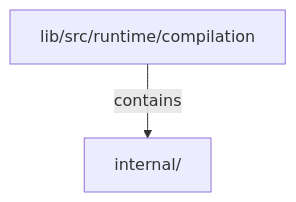
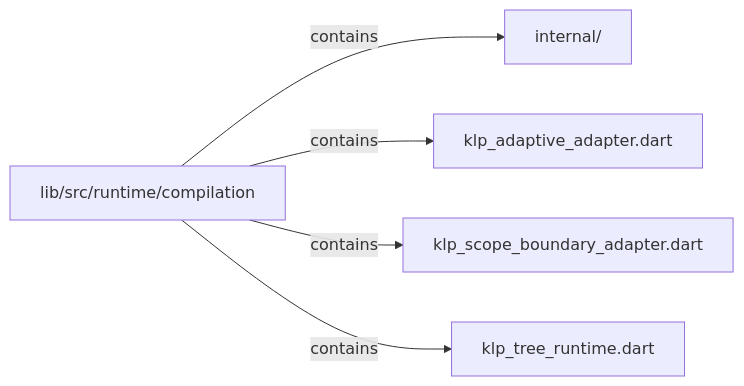
The third of 3 diagrams in docs/architecture/src/runtime/compilation/README.md (MiuDog/Kallopis), drawn with Mermaid before and after one commit. The commit also changed other lines of this file and 9688 other files, not shown here.

Commit message:
Prepare isolated Flow F2 peer baseline

````diff
--- a/docs/architecture/src/runtime/compilation/README.md
+++ b/docs/architecture/src/runtime/compilation/README.md
@@ -21,6 +73,12 @@
 ```mermaid
-flowchart TD
+flowchart LR
 	n0["lib/src/runtime/compilation"]
 	n1["internal/"]
+	n2["klp_adaptive_adapter.dart"]
+	n3["klp_scope_boundary_adapter.dart"]
+	n4["klp_tree_runtime.dart"]
 	n0 -->|"contains"| n1
+	n0 -->|"contains"| n2
+	n0 -->|"contains"| n3
+	n0 -->|"contains"| n4
 ```
````
